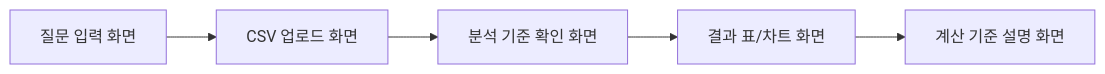
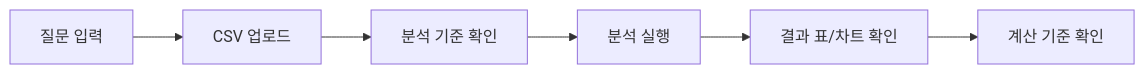
The fifth of 5 diagrams in docs/elevator_speech.md (26-ewha-capstone-logue/logue), drawn with Mermaid before and after one commit. The commit also changed other lines of this file, not shown here.

````diff
--- a/docs/elevator_speech.md
+++ b/docs/elevator_speech.md
@@ -151,7 +206,8 @@
-~~~mermaid
+```mermaid
 flowchart LR
-    A[질문 입력 화면] --> B[CSV 업로드 화면]
-    B --> C[분석 기준 확인 화면]
-    C --> D[결과 표/차트 화면]
-    D --> E[계산 기준 설명 화면]
-~~~
+    A[질문 입력] --> B[CSV 업로드]
+    B --> C[분석 기준 확인]
+    C --> D[분석 실행]
+    D --> E[결과 표/차트 확인]
+    E --> F[계산 기준 확인]
+```
````
